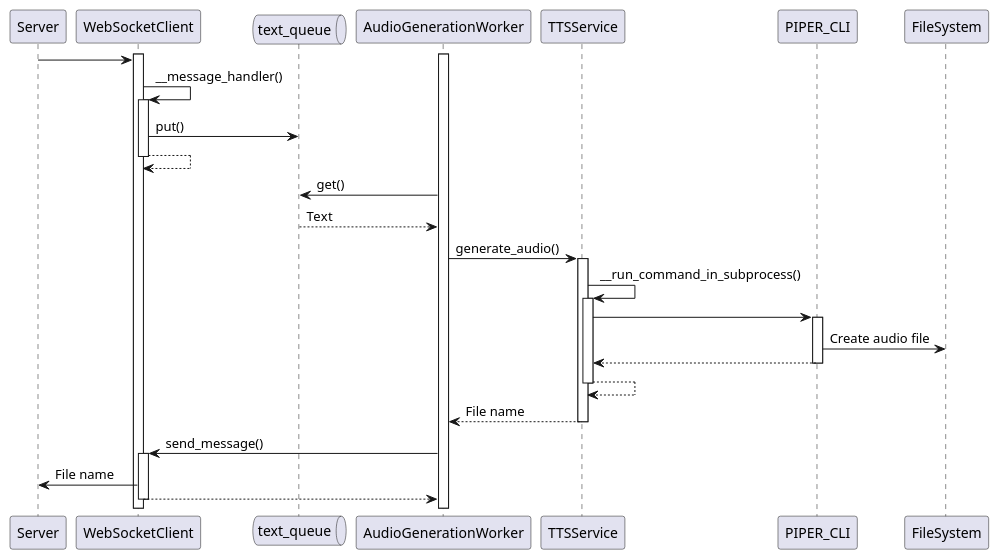
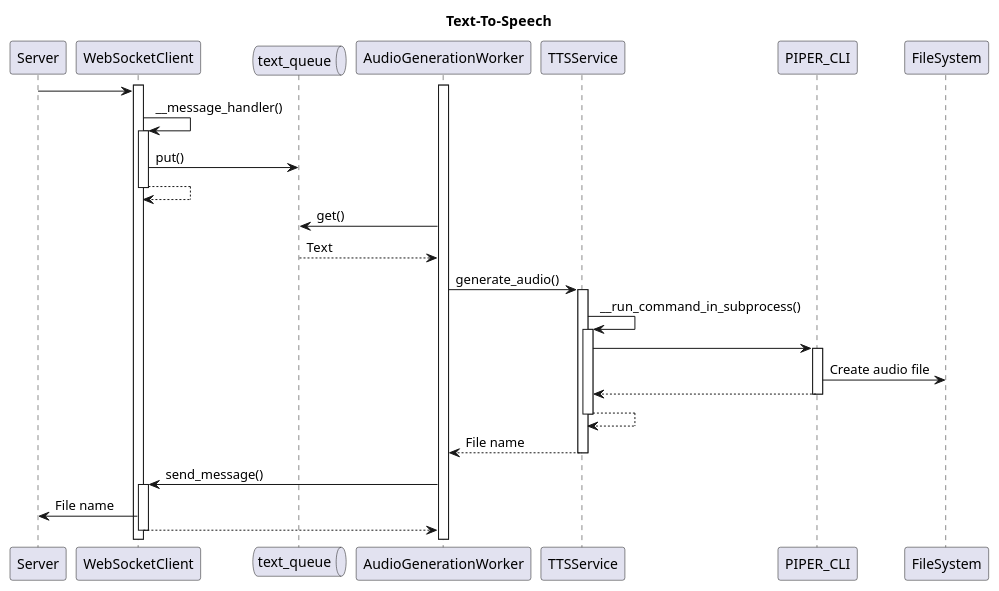
The diagram in uml/tts_sequence.puml (AnelD/speech_recognition), drawn with PlantUML before and after one commit. The commit also changed 1 other file, not shown here.

```diff
--- a/uml/tts_sequence.puml
+++ b/uml/tts_sequence.puml
@@ -1,39 +1,41 @@
 @startuml
+title Text-To-Speech
+
 participant Server
 participant WebSocketClient
 queue text_queue
 participant AudioGenerationWorker
 participant TTSService
 participant PIPER_CLI
 participant FileSystem
 
 activate AudioGenerationWorker
 
 activate WebSocketClient
 Server -> WebSocketClient
 WebSocketClient -> WebSocketClient : __message_handler()
 activate WebSocketClient
 WebSocketClient -> text_queue : put()
 return
 
 AudioGenerationWorker -> text_queue : get()
 text_queue --> AudioGenerationWorker : Text
 
 AudioGenerationWorker -> TTSService : generate_audio()
 activate TTSService
 TTSService -> TTSService : __run_command_in_subprocess()
 activate TTSService
 TTSService -> PIPER_CLI
 activate PIPER_CLI
 PIPER_CLI -> FileSystem : Create audio file
 return
 return
 return File name
 
 AudioGenerationWorker -> WebSocketClient : send_message()
 activate WebSocketClient
 WebSocketClient -> Server : File name
 return
 
 
 @enduml
```
